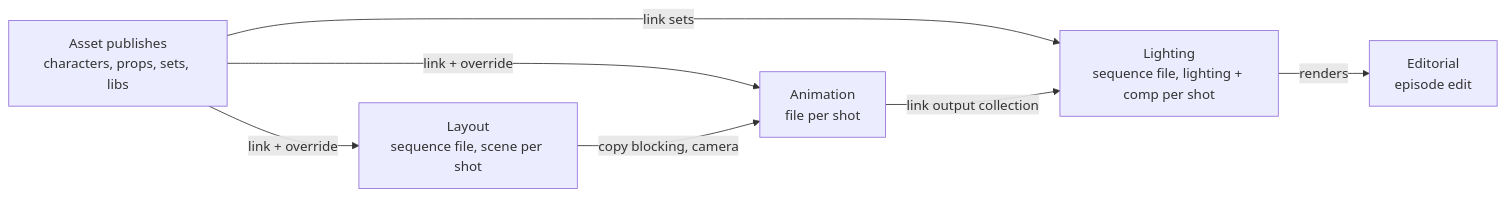
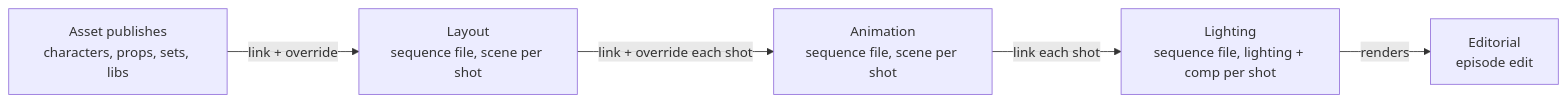
The diagram in README.md (jmleventhorpe/blender-smallstudio-pipeline), drawn with Mermaid before and after one commit. The commit also changed other lines of this file and 8 other files, not shown here.

First line of the commit message:
Animation becomes a sequence task, like layout

````diff
--- a/README.md
+++ b/README.md
@@ -29,15 +30,13 @@
 ```mermaid
 flowchart LR
     assets["Asset publishes<br/>characters, props, sets, libs"]
     layout["Layout<br/>sequence file, scene per shot"]
-    animation["Animation<br/>file per shot"]
+    animation["Animation<br/>sequence file, scene per shot"]
     lighting["Lighting<br/>sequence file, lighting + comp per shot"]
     edit["Editorial<br/>episode edit"]
 
     assets -- "link + override" --> layout
-    assets -- "link + override" --> animation
-    assets -- "link sets" --> lighting
-    layout -- "copy blocking, camera" --> animation
-    animation -- "link output collection" --> lighting
+    layout -- "link + override each shot" --> animation
+    animation -- "link each shot" --> lighting
     lighting -- "renders" --> edit
 ```
````
